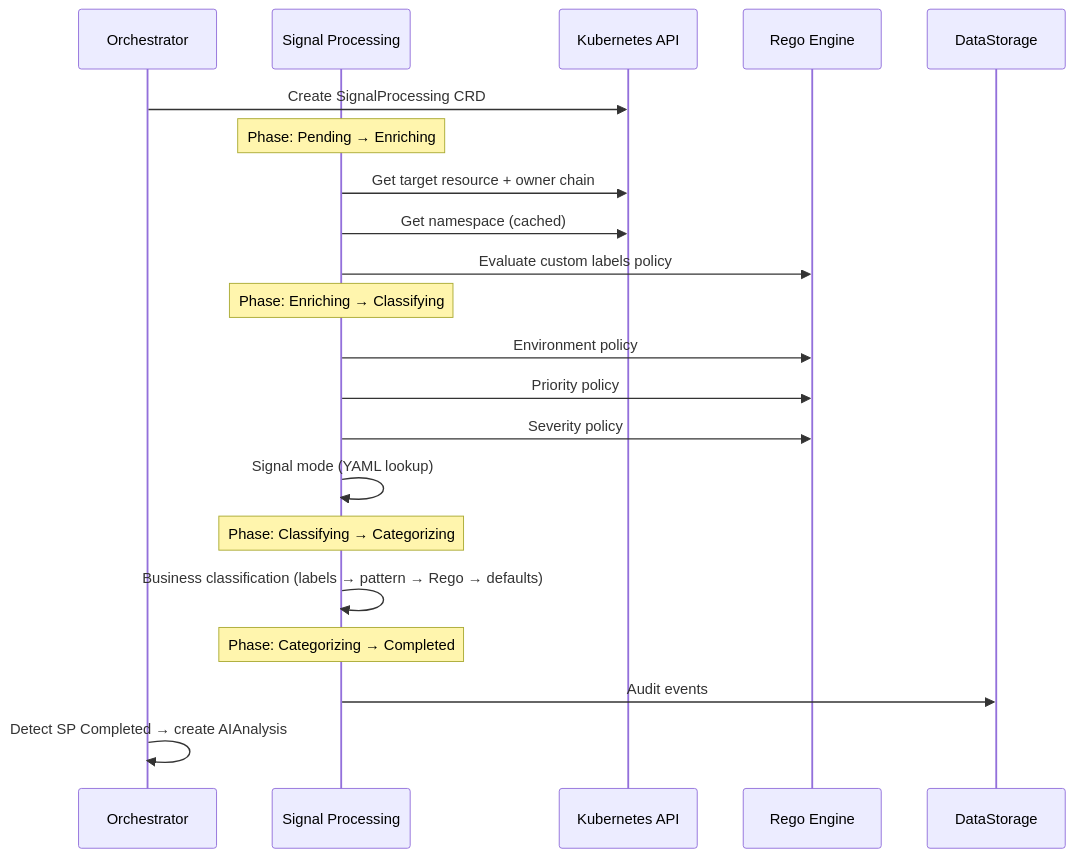
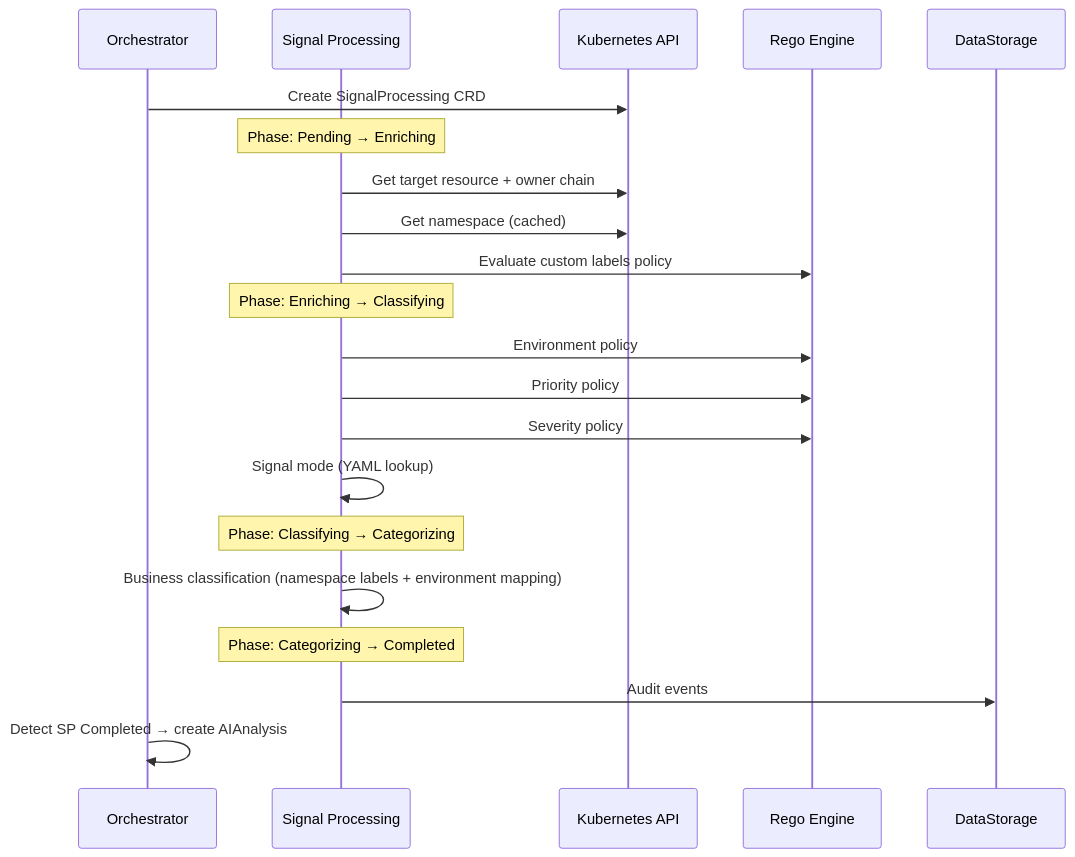
The second of 2 diagrams in docs/architecture/signal-processing.md (jordigilh/kubernaut-docs), drawn with Mermaid before and after one commit. The commit also changed other lines of this file and 1 other file, not shown here.

First line of the commit message:
fix(architecture): correct SP Rego entrypoints, rewrite Phase 3, fix AA config and approval

````diff
--- a/docs/architecture/signal-processing.md
+++ b/docs/architecture/signal-processing.md
@@ -235,24 +234,24 @@
 ```mermaid
 sequenceDiagram
     participant RO as Orchestrator
     participant SP as Signal Processing
     participant K8s as Kubernetes API
     participant OPA as Rego Engine
     participant DS as DataStorage
 
     RO->>K8s: Create SignalProcessing CRD
     Note over SP: Phase: Pending → Enriching
     SP->>K8s: Get target resource + owner chain
     SP->>K8s: Get namespace (cached)
     SP->>OPA: Evaluate custom labels policy
     Note over SP: Phase: Enriching → Classifying
     SP->>OPA: Environment policy
     SP->>OPA: Priority policy
     SP->>OPA: Severity policy
     SP->>SP: Signal mode (YAML lookup)
     Note over SP: Phase: Classifying → Categorizing
-    SP->>SP: Business classification (labels → pattern → Rego → defaults)
+    SP->>SP: Business classification (namespace labels + environment mapping)
     Note over SP: Phase: Categorizing → Completed
     SP->>DS: Audit events
     RO->>RO: Detect SP Completed → create AIAnalysis
 ```
````
